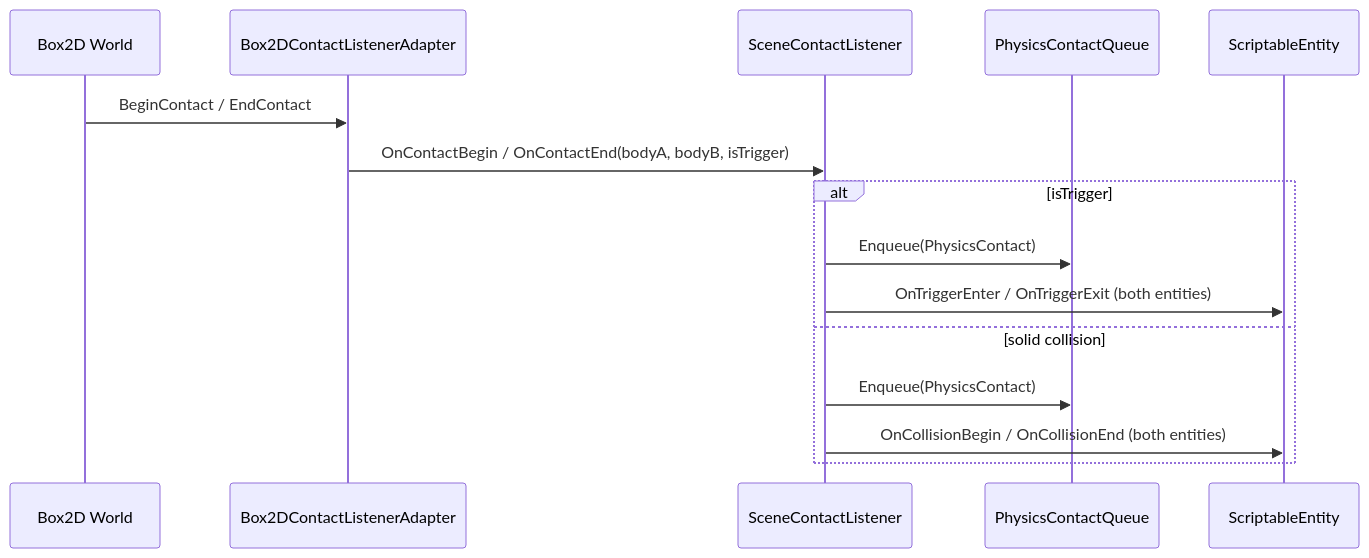
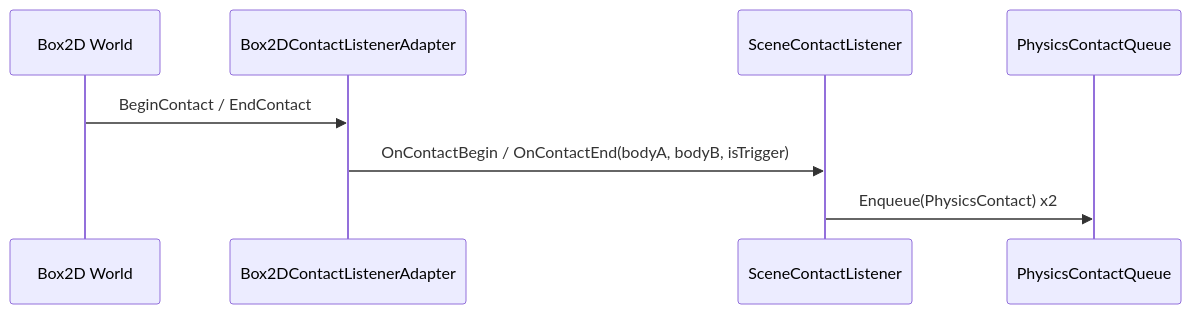
The fourth of 4 diagrams in docs/architecture/physics-system.md (kateusz/GameEngine), drawn with Mermaid before and after one commit. The commit also changed other lines of this file and 85 other files, not shown here.

````diff
--- a/docs/architecture/physics-system.md
+++ b/docs/architecture/physics-system.md
@@ -232,19 +221,11 @@
 ```mermaid
 sequenceDiagram
     participant W as Box2D World
     participant A as Box2DContactListenerAdapter
     participant CL as SceneContactListener
     participant Q as PhysicsContactQueue
-    participant SE as ScriptableEntity
 
     W->>A: BeginContact / EndContact
     A->>CL: OnContactBegin / OnContactEnd(bodyA, bodyB, isTrigger)
-
-    alt isTrigger
-        CL->>Q: Enqueue(PhysicsContact)
-        CL->>SE: OnTriggerEnter / OnTriggerExit (both entities)
-    else solid collision
-        CL->>Q: Enqueue(PhysicsContact)
-        CL->>SE: OnCollisionBegin / OnCollisionEnd (both entities)
-    end
+    CL->>Q: Enqueue(PhysicsContact) x2
 ```
````
